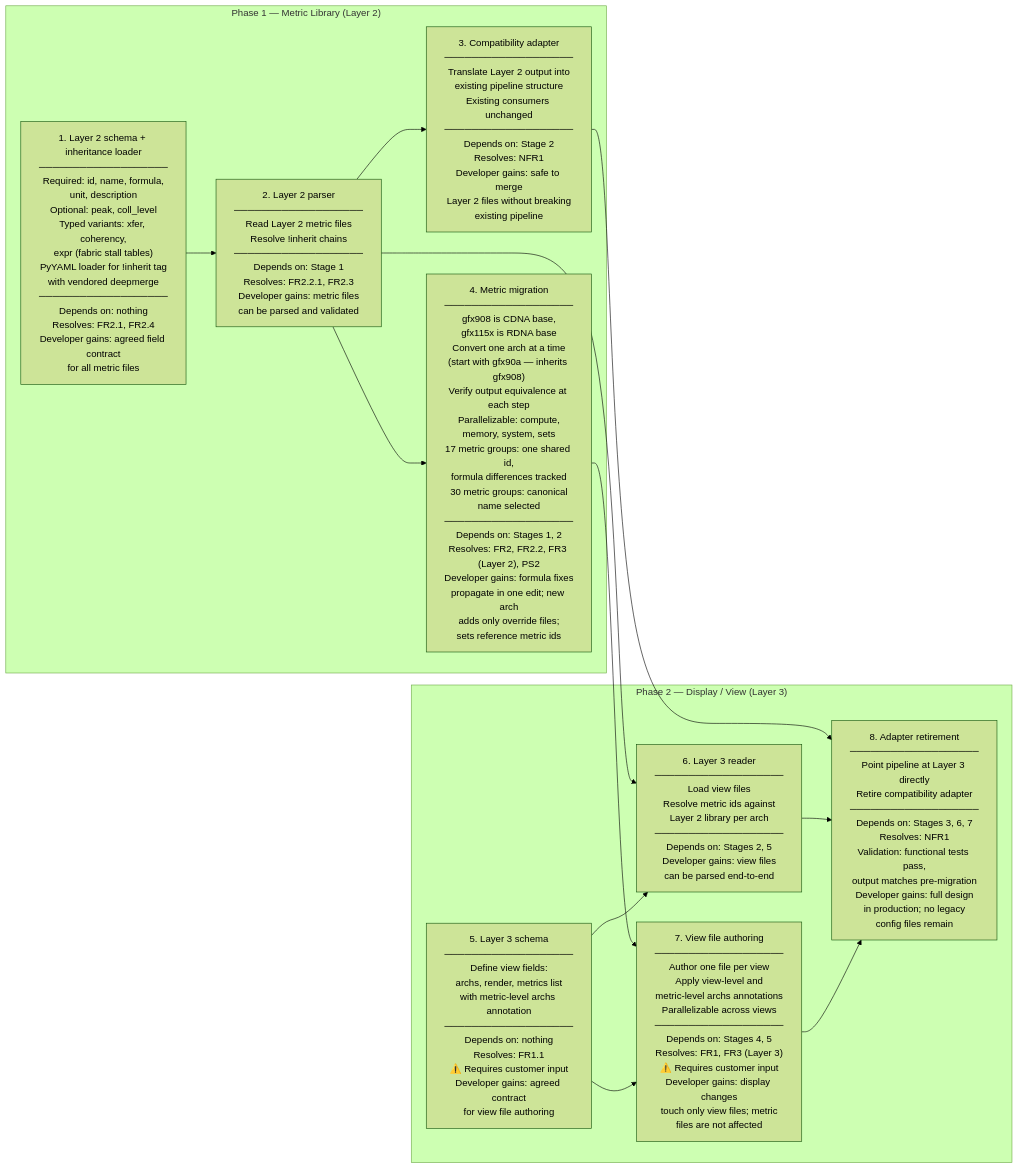
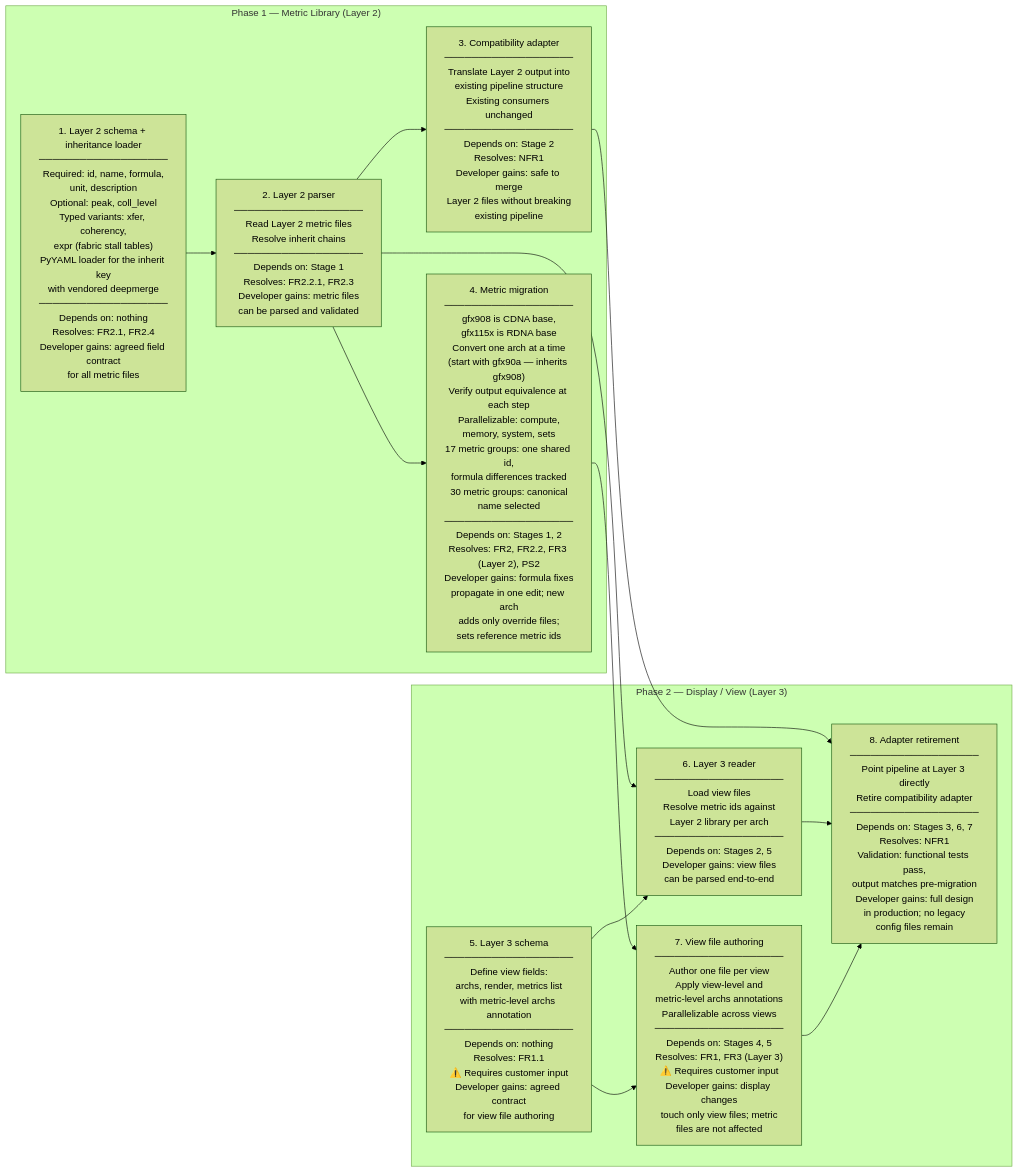
One commit to ROCm/rocm-systems changed the fifth of 5 diagrams in projects/rocprofiler-compute/docs/design/analysis-config-redesign/hld-analysis-config-redesign.md. Above: the diagram before and after it, drawn with Mermaid (forest theme). The commit also changed other lines of this file and 2 other files, not shown here.

First line of the commit message:
docs(rocprofiler-compute): Use an inherit key for metric library inheritance

````diff
--- a/projects/rocprofiler-compute/docs/design/analysis-config-redesign/hld-analysis-config-redesign.md
+++ b/projects/rocprofiler-compute/docs/design/analysis-config-redesign/hld-analysis-config-redesign.md
@@ -494,27 +494,27 @@
 ```mermaid
 flowchart LR
     subgraph P1["Phase 1 — Metric Library (Layer 2)"]
-        s1["1. Layer 2 schema + inheritance loader\n───────────────────\nRequired: id, name, formula,\nunit, description\nOptional: peak, coll_level\nTyped variants: xfer, coherency,\nexpr (fabric stall tables)\nPyYAML loader for !inherit tag\nwith vendored deepmerge\n───────────────────\nDepends on: nothing\nResolves: FR2.1, FR2.4\nDeveloper gains: agreed field contract\nfor all metric files"]
-        s2["2. Layer 2 parser\n───────────────────\nRead Layer 2 metric files\nResolve !inherit chains\n───────────────────\nDepends on: Stage 1\nResolves: FR2.2.1, FR2.3\nDeveloper gains: metric files\ncan be parsed and validated"]
+        s1["1. Layer 2 schema + inheritance loader\n───────────────────\nRequired: id, name, formula,\nunit, description\nOptional: peak, coll_level\nTyped variants: xfer, coherency,\nexpr (fabric stall tables)\nPyYAML loader for the inherit key\nwith vendored deepmerge\n───────────────────\nDepends on: nothing\nResolves: FR2.1, FR2.4\nDeveloper gains: agreed field contract\nfor all metric files"]
+        s2["2. Layer 2 parser\n───────────────────\nRead Layer 2 metric files\nResolve inherit chains\n───────────────────\nDepends on: Stage 1\nResolves: FR2.2.1, FR2.3\nDeveloper gains: metric files\ncan be parsed and validated"]
         s3["3. Compatibility adapter\n───────────────────\nTranslate Layer 2 output into\nexisting pipeline structure\nExisting consumers unchanged\n───────────────────\nDepends on: Stage 2\nResolves: NFR1\nDeveloper gains: safe to merge\nLayer 2 files without breaking\nexisting pipeline"]
         s4["4. Metric migration\n───────────────────\ngfx908 is CDNA base,\ngfx115x is RDNA base\nConvert one arch at a time\n(start with gfx90a — inherits gfx908)\nVerify output equivalence at each step\nParallelizable: compute,\nmemory, system, sets\n17 metric groups: one shared id,\nformula differences tracked\n30 metric groups: canonical\nname selected\n───────────────────\nDepends on: Stages 1, 2\nResolves: FR2, FR2.2, FR3 (Layer 2), PS2\nDeveloper gains: formula fixes\npropagate in one edit; new arch\nadds only override files;\nsets reference metric ids"]
     end
 
     subgraph P2["Phase 2 — Display / View (Layer 3)"]
         s5["5. Layer 3 schema\n───────────────────\nDefine view fields:\narchs, render, metrics list\nwith metric-level archs annotation\n───────────────────\nDepends on: nothing\nResolves: FR1.1\n⚠️ Requires customer input\nDeveloper gains: agreed contract\nfor view file authoring"]
         s6["6. Layer 3 reader\n───────────────────\nLoad view files\nResolve metric ids against\nLayer 2 library per arch\n───────────────────\nDepends on: Stages 2, 5\nDeveloper gains: view files\ncan be parsed end-to-end"]
         s7["7. View file authoring\n───────────────────\nAuthor one file per view\nApply view-level and\nmetric-level archs annotations\nParallelizable across views\n───────────────────\nDepends on: Stages 4, 5\nResolves: FR1, FR3 (Layer 3)\n⚠️ Requires customer input\nDeveloper gains: display changes\ntouch only view files; metric\nfiles are not affected"]
         s8["8. Adapter retirement\n───────────────────\nPoint pipeline at Layer 3 directly\nRetire compatibility adapter\n───────────────────\nDepends on: Stages 3, 6, 7\nResolves: NFR1\nValidation: functional tests pass,\noutput matches pre-migration\nDeveloper gains: full design\nin production; no legacy\nconfig files remain"]
     end
 
     s1 --> s2
     s2 --> s3
     s2 --> s4
     s2 --> s6
     s3 --> s8
     s4 --> s7
     s5 --> s6
     s5 --> s7
     s6 --> s8
     s7 --> s8
 ```
````
